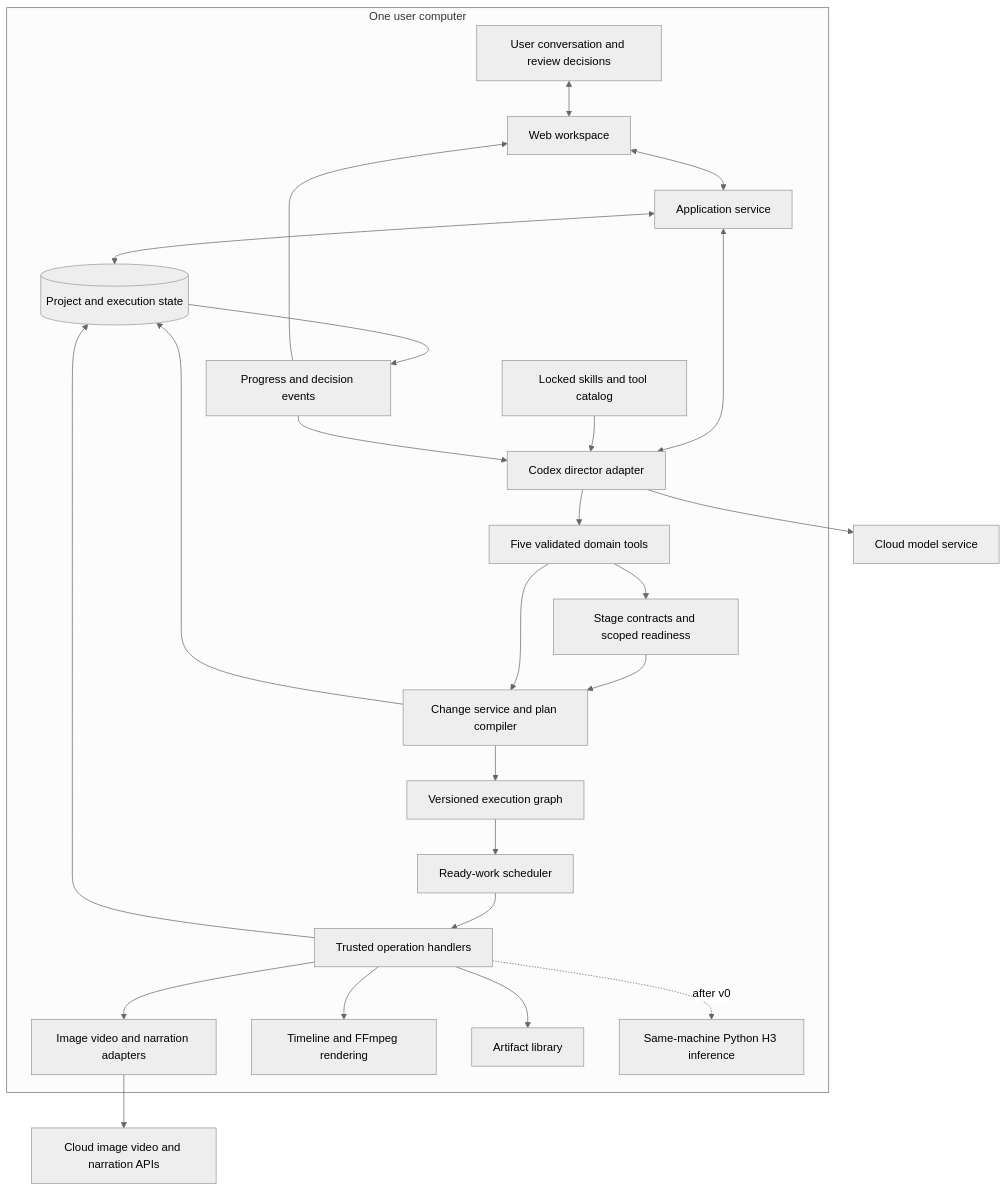
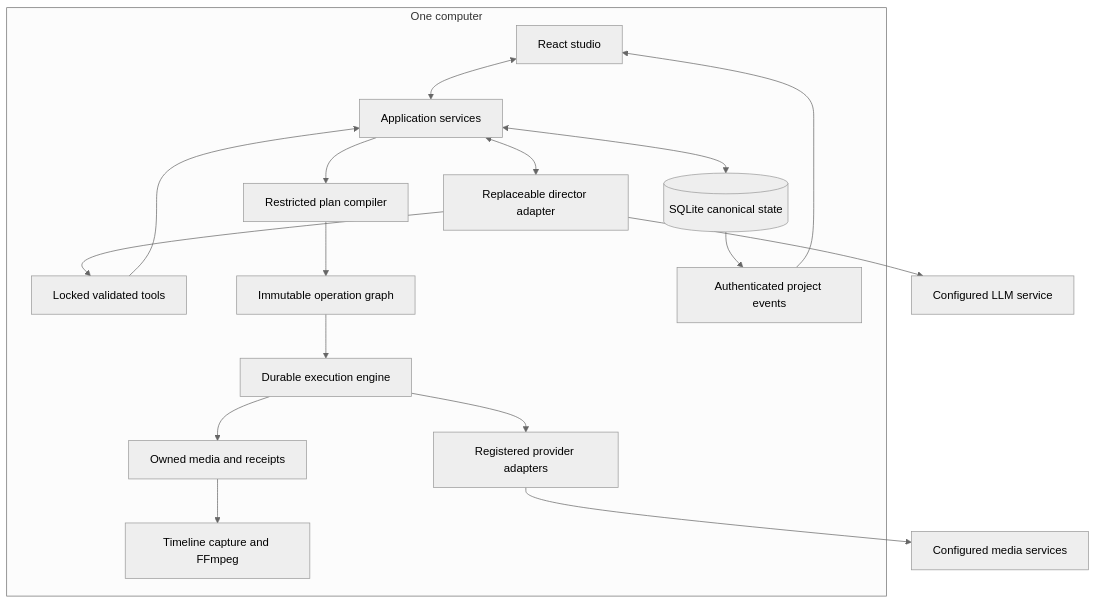
The diagram in docs/design/README.md (Michael-Ma/OpenSlate), drawn with Mermaid (neutral theme) before and after one commit. The commit also changed other lines of this file and 114 other files, not shown here.

````diff
--- a/docs/design/README.md
+++ b/docs/design/README.md
@@ -35,28 +22,20 @@
 ```mermaid
 flowchart TB
-    subgraph Computer[One user computer]
-    User[User conversation and review decisions] <--> UI[Web workspace]
-    UI <--> App[Application service]
-    App <--> State[(Project and execution state)]
-    App <--> Director[Codex director adapter]
-    Catalog[Locked skills and tool catalog] --> Director
-    Director --> Tools[Five validated domain tools]
-    Tools --> Workflow[Stage contracts and scoped readiness]
-    Workflow --> Change
-    Tools --> Change[Change service and plan compiler]
-    Change --> State
-    Change --> Graph[Versioned execution graph]
-    Graph --> Scheduler[Ready-work scheduler]
-    Scheduler --> Workers[Trusted operation handlers]
-    Workers --> Cloud[Image video and narration adapters]
-    Workers --> Edit[Timeline and FFmpeg rendering]
-    Workers --> Media[Artifact library]
-    Workers --> State
-    State --> Events[Progress and decision events]
+  subgraph Local[One computer]
+    UI[React studio] <--> App[Application services]
+    App <--> DB[(SQLite canonical state)]
+    App <--> Director[Replaceable director adapter]
+    Director --> Bridge[Locked validated tools]
+    Bridge --> App
+    App --> Compiler[Restricted plan compiler]
+    Compiler --> Graph[Immutable operation graph]
+    Graph --> Engine[Durable execution engine]
+    Engine --> Adapters[Registered provider adapters]
+    Engine --> Artifacts[Owned media and receipts]
+    Artifacts --> Timeline[Timeline capture and FFmpeg]
+    DB --> Events[Authenticated project events]
     Events --> UI
-    Events --> Director
-    Workers -. after v0 .-> Local[Same-machine Python H3 inference]
-    end
-    Cloud --> Services[Cloud image video and narration APIs]
-    Director --> LLM[Cloud model service]
+  end
+  Director --> LLM[Configured LLM service]
+  Adapters --> APIs[Configured media services]
 ```
````
